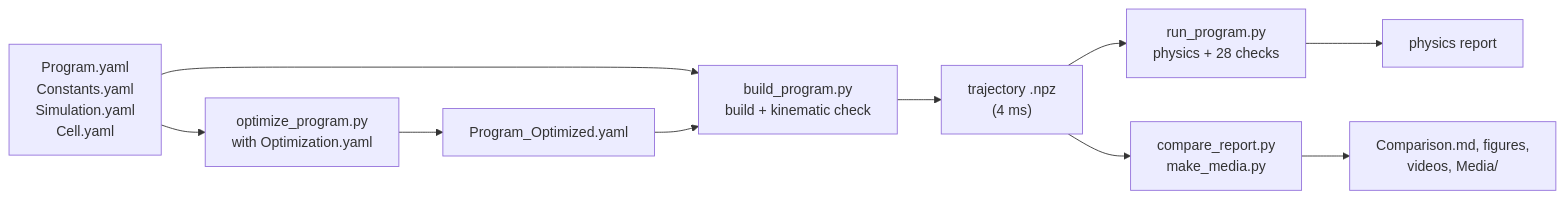
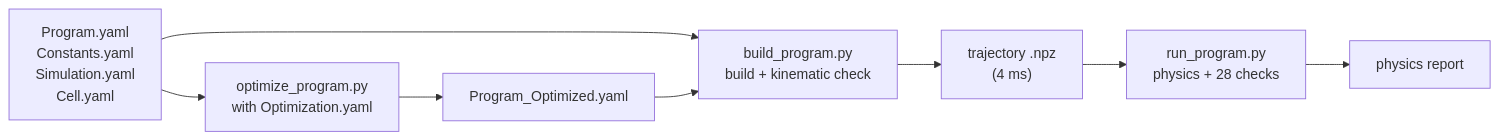
One commit to rparak/KINALI_Test_it_off_Simulation changed the second of 2 diagrams in README.md. Above: the diagram before and after it, drawn with Mermaid. The commit also changed other lines of this file and 18 other files, not shown here.

First line of the commit message:
F20: remove the comparison and media generators (compare_report.py, make_media.py, src/Report/), Pillow and imageio-ffmpeg

````diff
--- a/README.md
+++ b/README.md
@@ -233,12 +230,10 @@
 ```mermaid
 flowchart LR
     P["Program.yaml<br/>Constants.yaml<br/>Simulation.yaml<br/>Cell.yaml"] --> B["build_program.py<br/>build + kinematic check"]
     P --> O["optimize_program.py<br/>with Optimization.yaml"]
     O --> PO["Program_Optimized.yaml"]
     PO --> B
     B --> T["trajectory .npz<br/>(4 ms)"]
     T --> R["run_program.py<br/>physics + 28 checks"]
     R --> RP["physics report"]
-    T --> C["compare_report.py<br/>make_media.py"]
-    C --> M["Comparison.md, figures,<br/>videos, Media/"]
 ```
````
